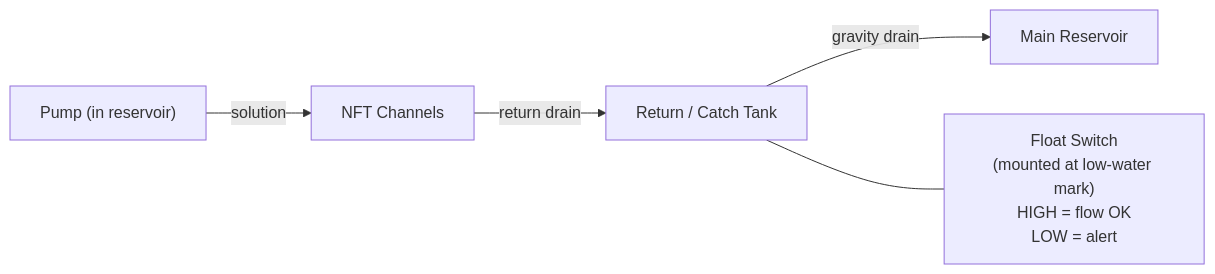
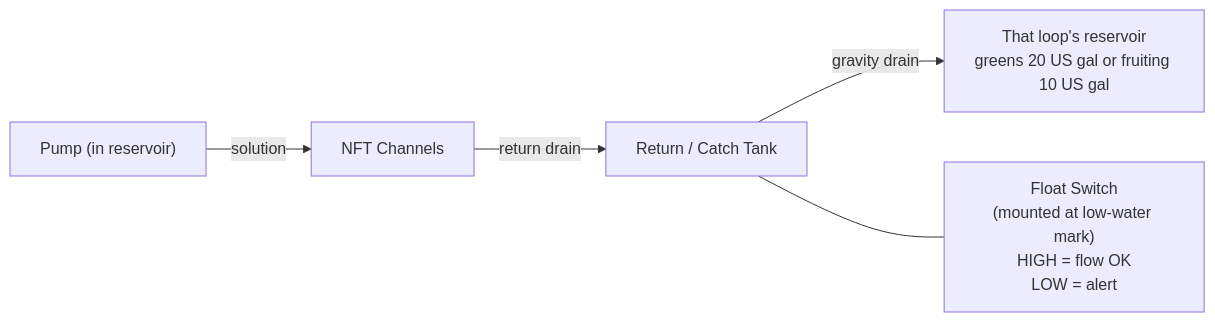
The third of 14 diagrams in guide/nft/13-automation.md (UncleJS/guide_hydroponics), drawn with Mermaid before and after one commit. The commit also changed other lines of this file and 35 other files, not shown here.

````diff
--- a/guide/nft/13-automation.md
+++ b/guide/nft/13-automation.md
@@ -369,7 +373,7 @@
 ```mermaid
 flowchart LR
     PUMP["Pump (in reservoir)"] -->|"solution"| CHANNELS["NFT Channels"]
     CHANNELS -->|"return drain"| RTANK["Return / Catch Tank"]
-    RTANK -->|"gravity drain"| RES["Main Reservoir"]
+    RTANK -->|"gravity drain"| RES["That loop's reservoir<br/>greens 20 US gal or fruiting 10 US gal"]
     RTANK --- FS["Float Switch<br/>(mounted at low-water mark)<br/>HIGH = flow OK<br/>LOW = alert"]
 ```
````
